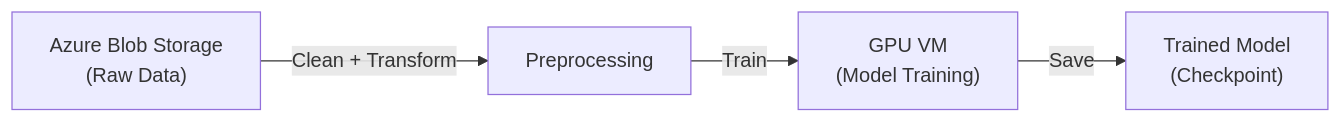
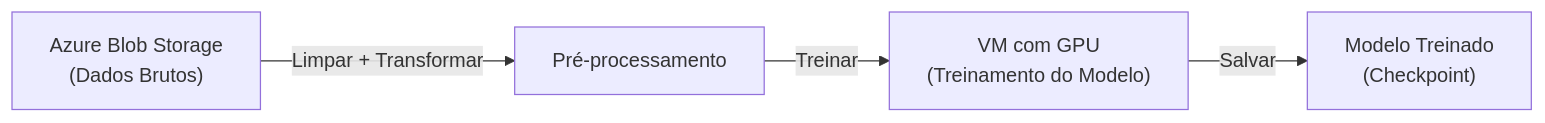
The first of 2 diagrams in docs/chapters/02-data.md (ricmmartins/ai-for-infra-pros), drawn with Mermaid before and after one commit. The commit also changed other lines of this file and 20 other files, not shown here.

````diff
--- a/docs/chapters/02-data.md
+++ b/docs/chapters/02-data.md
@@ -270,6 +270,6 @@
 ```mermaid
  graph LR
-     A["Azure Blob Storage<br/>(Raw Data)"] -->|Clean + Transform| B["Preprocessing"]
-     B -->|Train| C["GPU VM<br/>(Model Training)"]
-     C -->|Save| D["Trained Model<br/>(Checkpoint)"]
+     A["Azure Blob Storage<br/>(Dados Brutos)"] -->|Limpar + Transformar| B["Pré-processamento"]
+     B -->|Treinar| C["VM com GPU<br/>(Treinamento do Modelo)"]
+     C -->|Salvar| D["Modelo Treinado<br/>(Checkpoint)"]
 ```
````
